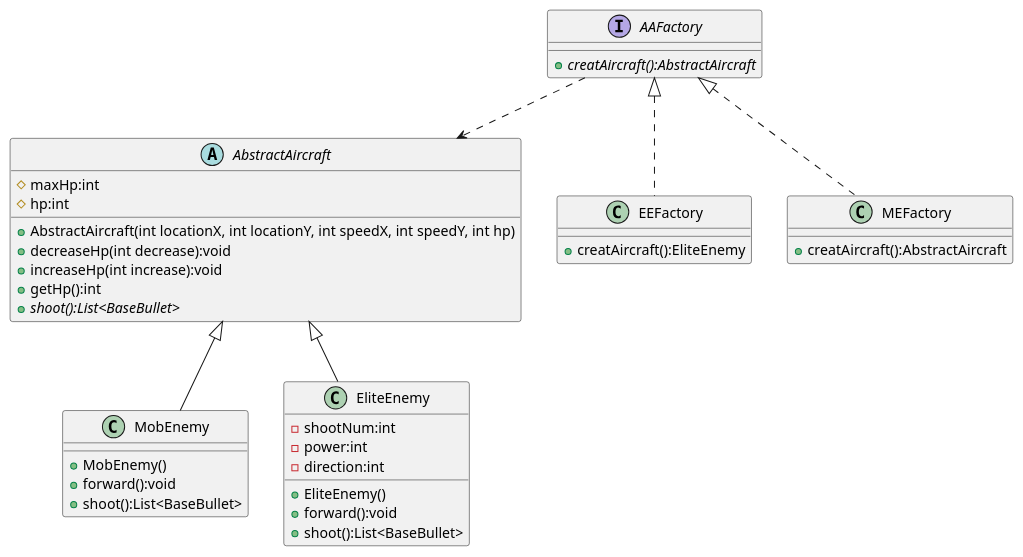
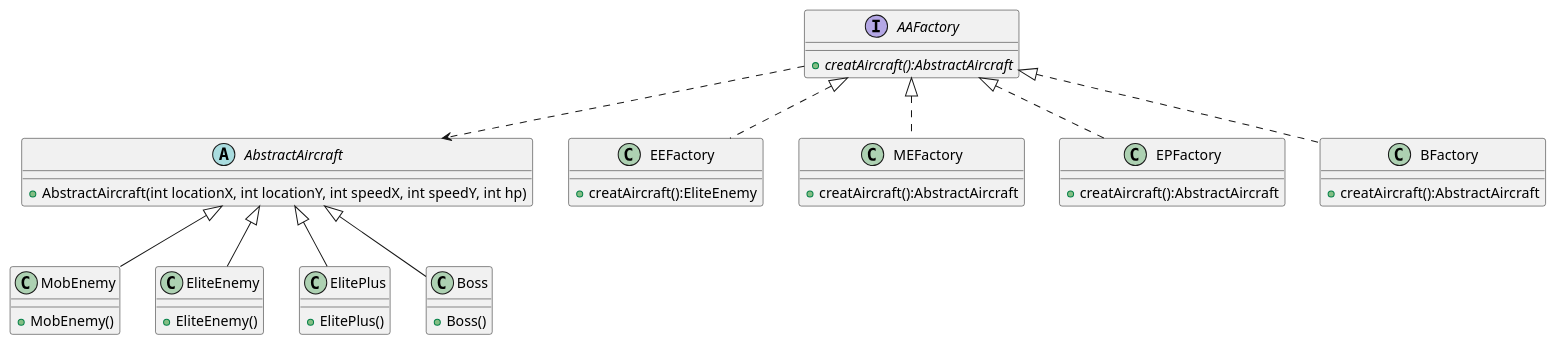
Before and after one commit to stnoer/plane-wars: the diagram in uml/EnermyAircraft.puml, drawn with PlantUML. The commit also changed 27 other files, not shown here.

```diff
--- a/uml/EnermyAircraft.puml
+++ b/uml/EnermyAircraft.puml
@@ -1,46 +1,61 @@
 @startuml
 'https://plantuml.com/sequence-diagram
 
 abstract class AbstractAircraft
 {
-	# maxHp:int
-    # hp:int
     + AbstractAircraft(int locationX, int locationY, int speedX, int speedY, int hp)
-    + decreaseHp(int decrease):void
-    + increaseHp(int increase):void
-    + getHp():int
-    + {abstract} shoot():List<BaseBullet>
+
  }
 
  class MobEnemy {
      + MobEnemy()
-     + forward():void
-     + shoot():List<BaseBullet>
+
  }
  AbstractAircraft <|-- MobEnemy
 
 class EliteEnemy {
-    - shootNum:int
-    - power:int
-    - direction:int
+
     + EliteEnemy()
-    + forward():void
-    + shoot():List<BaseBullet>
+
 }
 AbstractAircraft <|-- EliteEnemy
+
+class ElitePlus {
+
+    + ElitePlus()
+
+}
+AbstractAircraft <|-- ElitePlus
+
+class Boss {
+
+    + Boss()
+
+}
+AbstractAircraft <|-- Boss
 
 interface AAFactory {
     + {abstract} creatAircraft():AbstractAircraft
 }
 AAFactory ..> AbstractAircraft
 
 class EEFactory{
     + creatAircraft():EliteEnemy
 }
 AAFactory <|.. EEFactory
 
 class MEFactory{
     + creatAircraft():AbstractAircraft
 }
 AAFactory <|.. MEFactory
+
+class EPFactory{
+    + creatAircraft():AbstractAircraft
+}
+AAFactory <|.. EPFactory
+
+class BFactory{
+    + creatAircraft():AbstractAircraft
+}
+AAFactory <|.. BFactory
 @enduml
```
